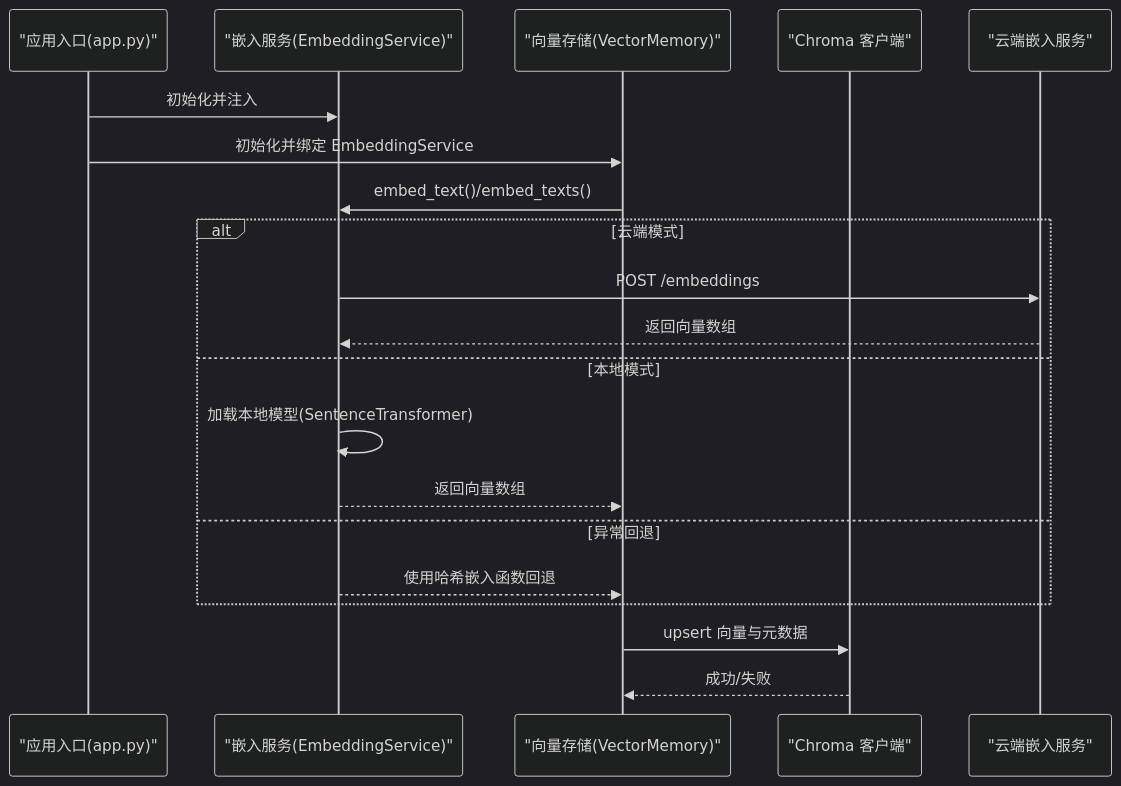
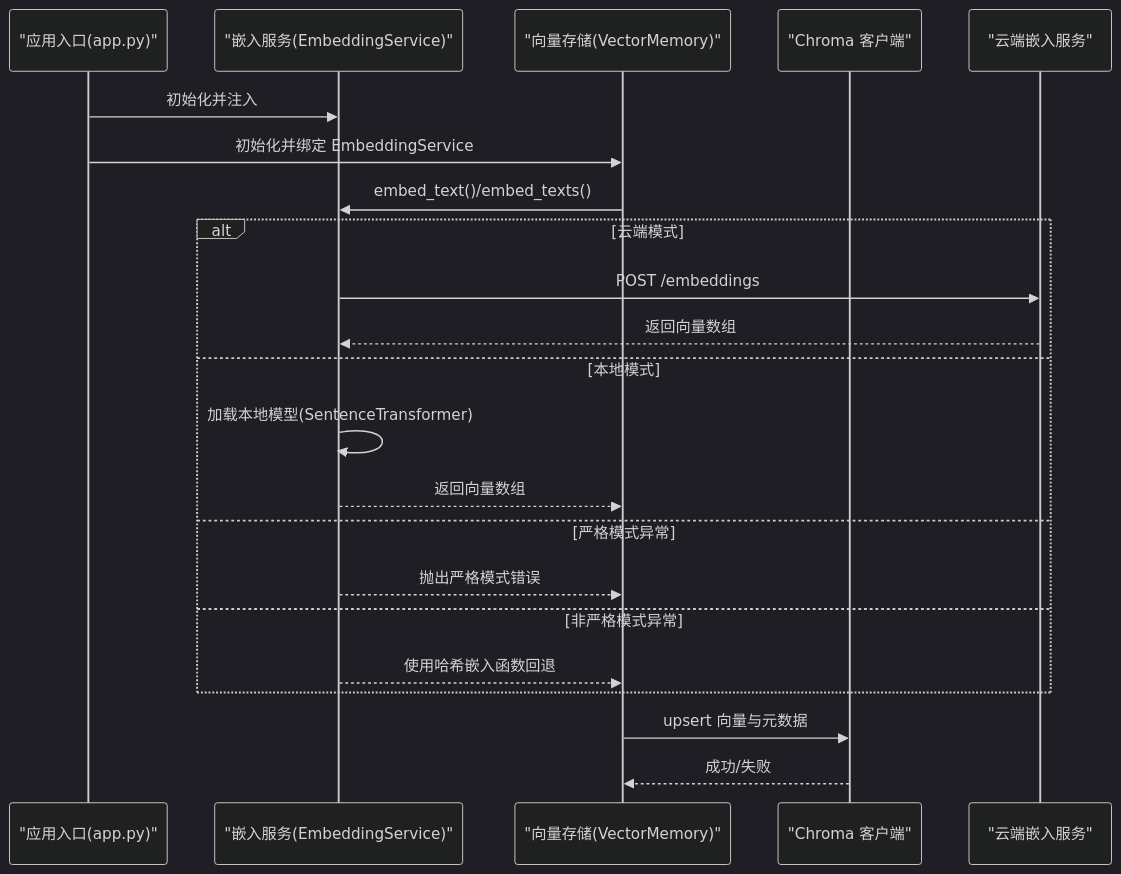
Before and after one commit to Moon-Force/DouYin_llm: the second of 5 diagrams in .qoder/repowiki/zh/content/后端服务/内存管理系统/嵌入模型服务.md, drawn with Mermaid (dark theme). The commit also changed other lines of this file and 17 other files, not shown here.

````diff
--- a/.qoder/repowiki/zh/content/后端服务/内存管理系统/嵌入模型服务.md
+++ b/.qoder/repowiki/zh/content/后端服务/内存管理系统/嵌入模型服务.md
@@ -90,22 +118,24 @@
 ```mermaid
 sequenceDiagram
 participant App as "应用入口(app.py)"
 participant Embed as "嵌入服务(EmbeddingService)"
 participant Vec as "向量存储(VectorMemory)"
 participant Chroma as "Chroma 客户端"
 participant Cloud as "云端嵌入服务"
 App->>Embed : 初始化并注入
 App->>Vec : 初始化并绑定 EmbeddingService
 Vec->>Embed : embed_text()/embed_texts()
 alt 云端模式
 Embed->>Cloud : POST /embeddings
 Cloud-->>Embed : 返回向量数组
 else 本地模式
 Embed->>Embed : 加载本地模型(SentenceTransformer)
 Embed-->>Vec : 返回向量数组
-else 异常回退
+else 严格模式异常
+Embed-->>Vec : 抛出严格模式错误
+else 非严格模式异常
 Embed-->>Vec : 使用哈希嵌入函数回退
 end
 Vec->>Chroma : upsert 向量与元数据
 Chroma-->>Vec : 成功/失败
 ```
````
